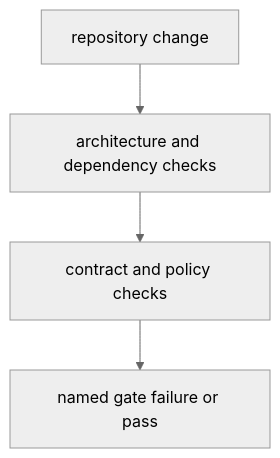
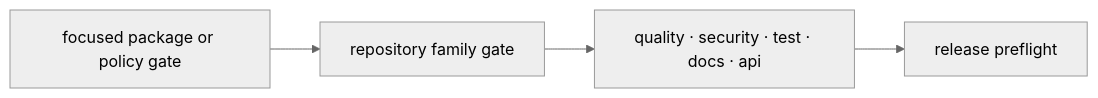
The diagram in docs/08-bijux-proteomics-maintain/bijux-proteomics-dev/quality-gates.md (bijux/bijux-proteomics), drawn with Mermaid (neutral theme) before and after one commit. The commit also changed other lines of this file and 2 other files, not shown here.

````diff
--- a/docs/08-bijux-proteomics-maintain/bijux-proteomics-dev/quality-gates.md
+++ b/docs/08-bijux-proteomics-maintain/bijux-proteomics-dev/quality-gates.md
@@ -16,11 +29,8 @@
 ```mermaid
-flowchart TB
-    change["repository change"]
-    architecture["architecture and dependency checks"]
-    contract["contract and policy checks"]
-    failure["named gate failure or pass"]
-
-    change --> architecture
-    architecture --> contract
-    contract --> failure
+flowchart LR
+    focused["focused package or policy gate"]
+    family["repository family gate"]
+    composite["quality · security · test · docs · api"]
+    preflight["release preflight"]
+    focused --> family --> composite --> preflight
 ```
````
